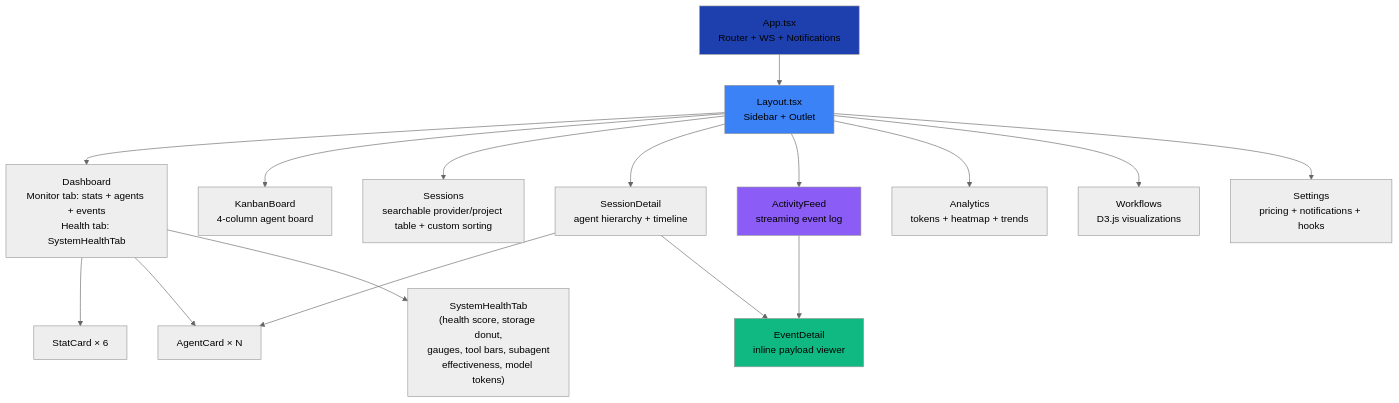
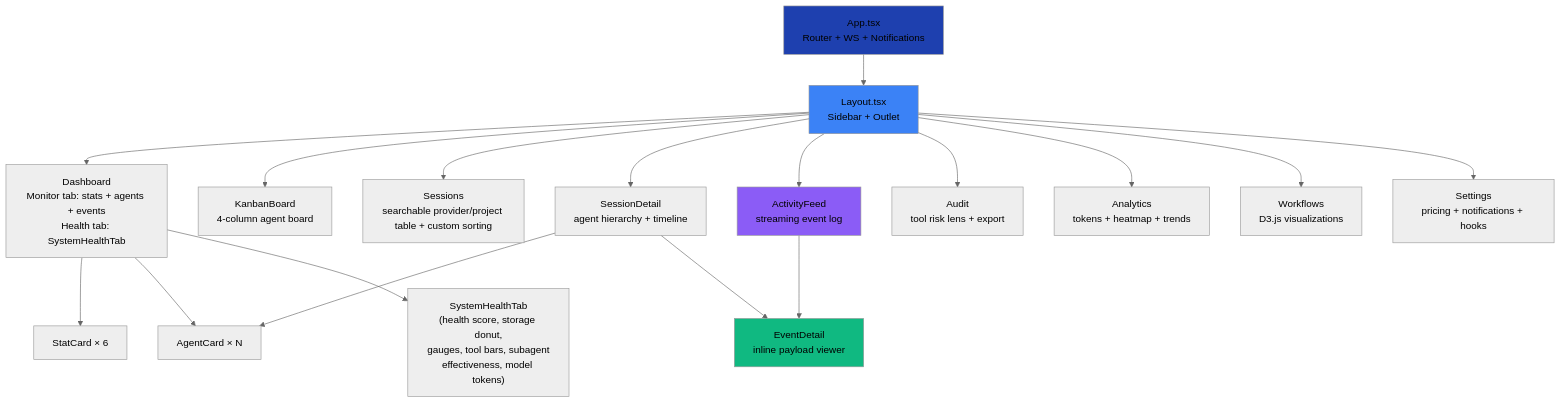
The third of 19 diagrams in client/README.md (hoangsonww/Claude-Code-Agent-Monitor), drawn with Mermaid (neutral theme) before and after one commit. The commit also changed other lines of this file and 16 other files, not shown here.

First line of the commit message:
docs(audit): document the Tool Risk Audit (#301)

````diff
--- a/client/README.md
+++ b/client/README.md
@@ -254,29 +256,30 @@
 ```mermaid
 graph TB
     App[App.tsx<br/>Router + WS + Notifications]
     Layout[Layout.tsx<br/>Sidebar + Outlet]
 
     Dashboard[Dashboard<br/>Monitor tab: stats + agents + events<br/>Health tab: SystemHealthTab]
     Kanban[KanbanBoard<br/>4-column agent board]
     Sessions[Sessions<br/>searchable provider/project table + custom sorting]
     Detail[SessionDetail<br/>agent hierarchy + timeline]
     Feed[ActivityFeed<br/>streaming event log]
+    Audit[Audit<br/>tool risk lens + export]
     Analytics[Analytics<br/>tokens + heatmap + trends]
     Workflows[Workflows<br/>D3.js visualizations]
     Settings[Settings<br/>pricing + notifications + hooks]
 
     App --> Layout
-    Layout --> Dashboard & Kanban & Sessions & Detail & Feed & Analytics & Workflows & Settings
+    Layout --> Dashboard & Kanban & Sessions & Detail & Feed & Audit & Analytics & Workflows & Settings
 
     Dashboard --> StatCard[StatCard × 6]
     Dashboard --> AgentCard[AgentCard × N]
     Dashboard --> HealthTab["SystemHealthTab<br/>(health score, storage donut,<br/>gauges, tool bars, subagent<br/>effectiveness, model tokens)"]
     Detail --> AgentCard
     Feed --> EventDetail[EventDetail<br/>inline payload viewer]
     Detail --> EventDetail
 
     style App fill:#1E40AF
     style Layout fill:#3B82F6
     style Feed fill:#8B5CF6
     style EventDetail fill:#10B981
 ```
````
